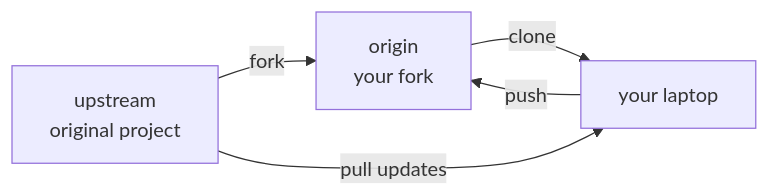
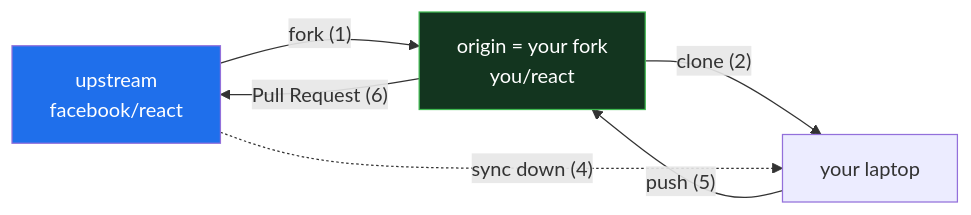
Before and after one commit to siva9800/learn-git: the fourth of 5 diagrams in day3-remote-github/notes.md, drawn with Mermaid. The commit also changed other lines of this file, not shown here.

First line of the commit message:
Day 3: deepen fetch vs pull, add step-by-step open-source contribution guide

````diff
--- a/day3-remote-github/notes.md
+++ b/day3-remote-github/notes.md
@@ -146,7 +249,10 @@
 ```mermaid
 flowchart LR
-    Upstream["upstream<br/>original project"] -- fork --> Origin["origin<br/>your fork"]
-    Origin -- clone --> Local["your laptop"]
-    Local -- push --> Origin
-    Upstream -- pull updates --> Local
+    UP["upstream<br/>facebook/react"] -- "fork (1)" --> ORIG["origin = your fork<br/>you/react"]
+    ORIG -- "clone (2)" --> LOCAL["your laptop"]
+    LOCAL -- "push (5)" --> ORIG
+    ORIG -- "Pull Request (6)" --> UP
+    UP -. "sync down (4)" .-> LOCAL
+    style UP fill:#1f6feb,color:#fff
+    style ORIG fill:#13351f,stroke:#3fb950,color:#fff
 ```
````
